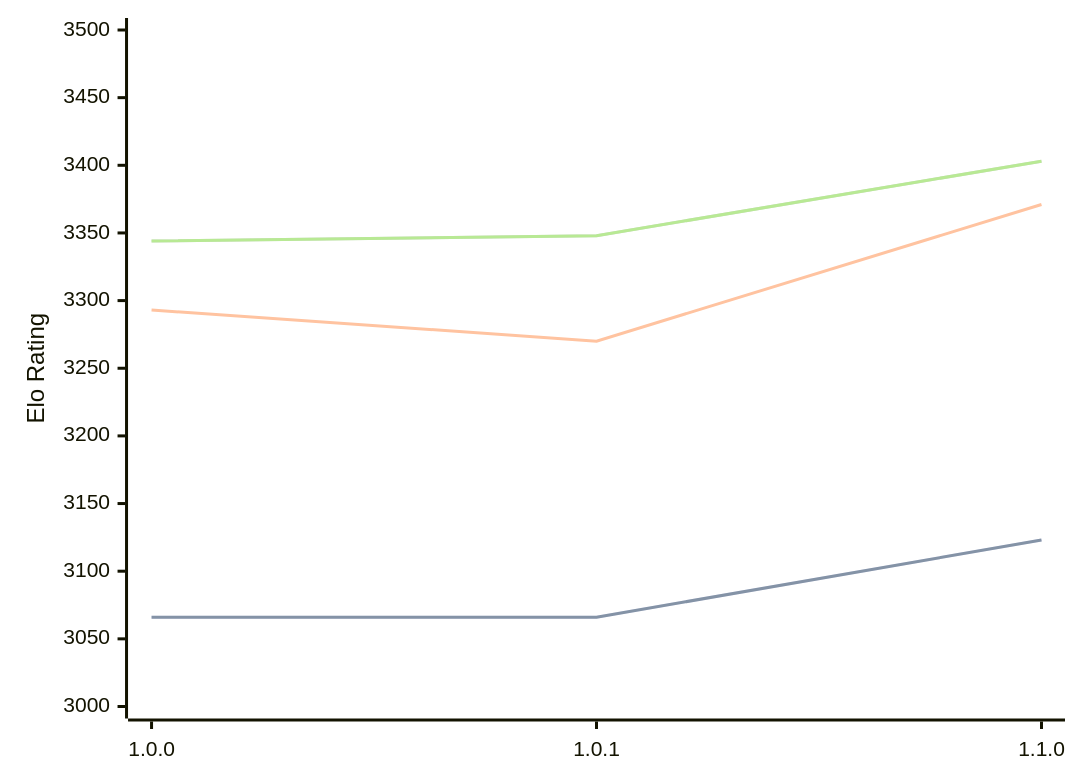
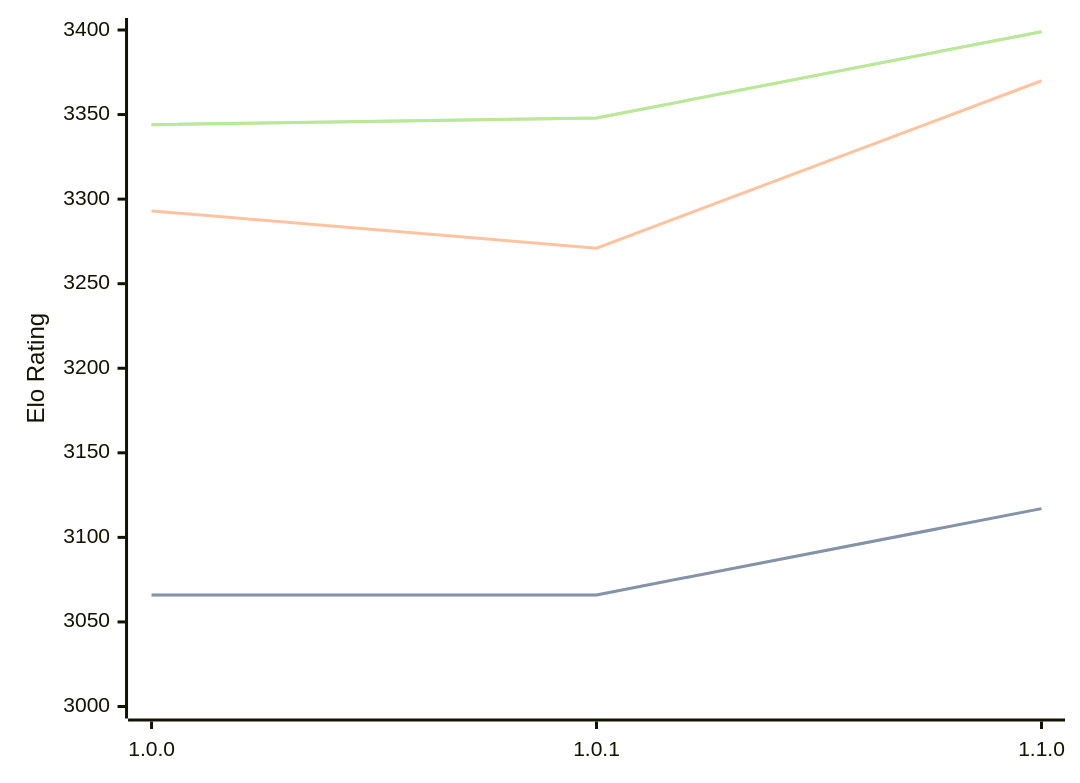
The diagram in engines/Ursus.md (computer-chess-index/cci), drawn with Mermaid before and after one commit. The commit also changed other lines of this file, not shown here.

Commit message:
Update CCI Ratings (ELO VLTC) - 2026-08-27

````diff
--- a/engines/Ursus.md
+++ b/engines/Ursus.md
@@ -33,11 +33,11 @@
 ```mermaid
 %%{init: {"theme":"base","themeVariables":{"seriesColors:['#a3a3a3','#222221','#faa371']}}}%%
 xychart-beta
   x-axis ["1.0.0", "1.0.1", "1.1.0"]
-  y-axis "Elo Rating" 3000 --> 3500
-  line "STC (8.0+0.08s)" [3066, 3066, 3123]
-  line "STC (8.0+0.08s)" [3066, 3066, 3123]
-  line "LTC (60.0+0.60s)" [3293, 3270, 3371]
-  line "VLTC (2m24s+1.12s)" [3344, 3348, 3403]
-  line "VLTC (2m24s+1.12s)" [3344, 3348, 3403]
+  y-axis "Elo Rating" 3000 --> 3400
+  line "STC (8.0+0.08s)" [3066, 3066, 3117]
+  line "STC (8.0+0.08s)" [3066, 3066, 3117]
+  line "LTC (60.0+0.60s)" [3293, 3271, 3370]
+  line "VLTC (2m24s+1.12s)" [3344, 3348, 3399]
+  line "VLTC (2m24s+1.12s)" [3344, 3348, 3399]
 ```
````
